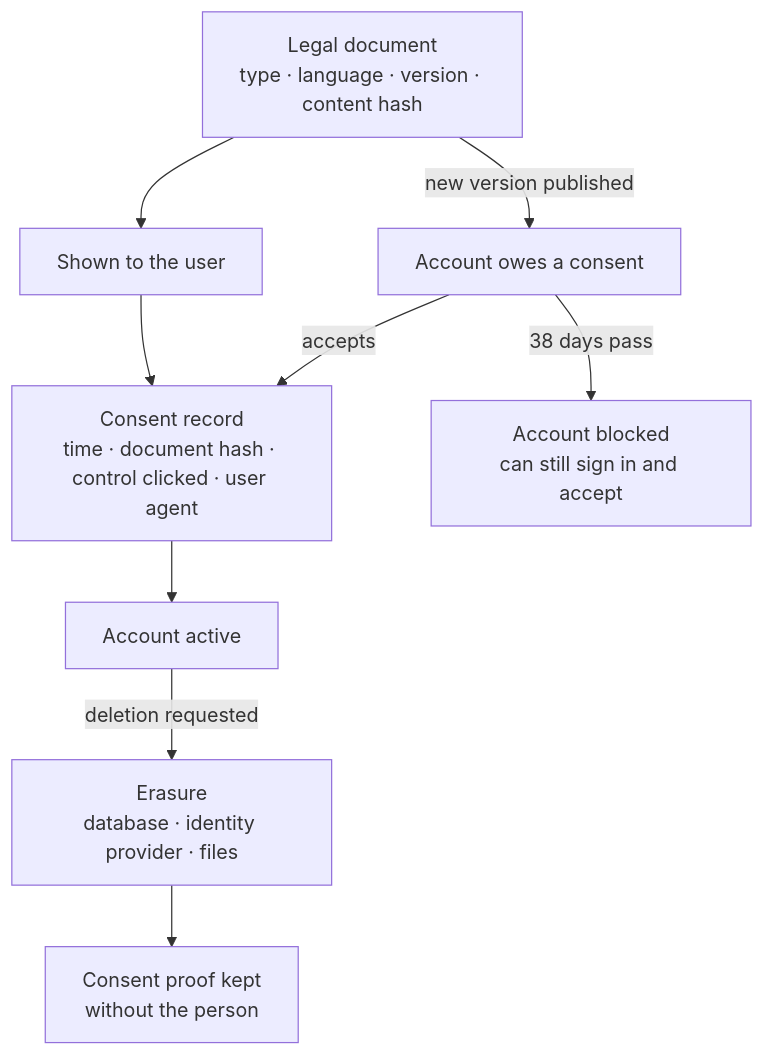
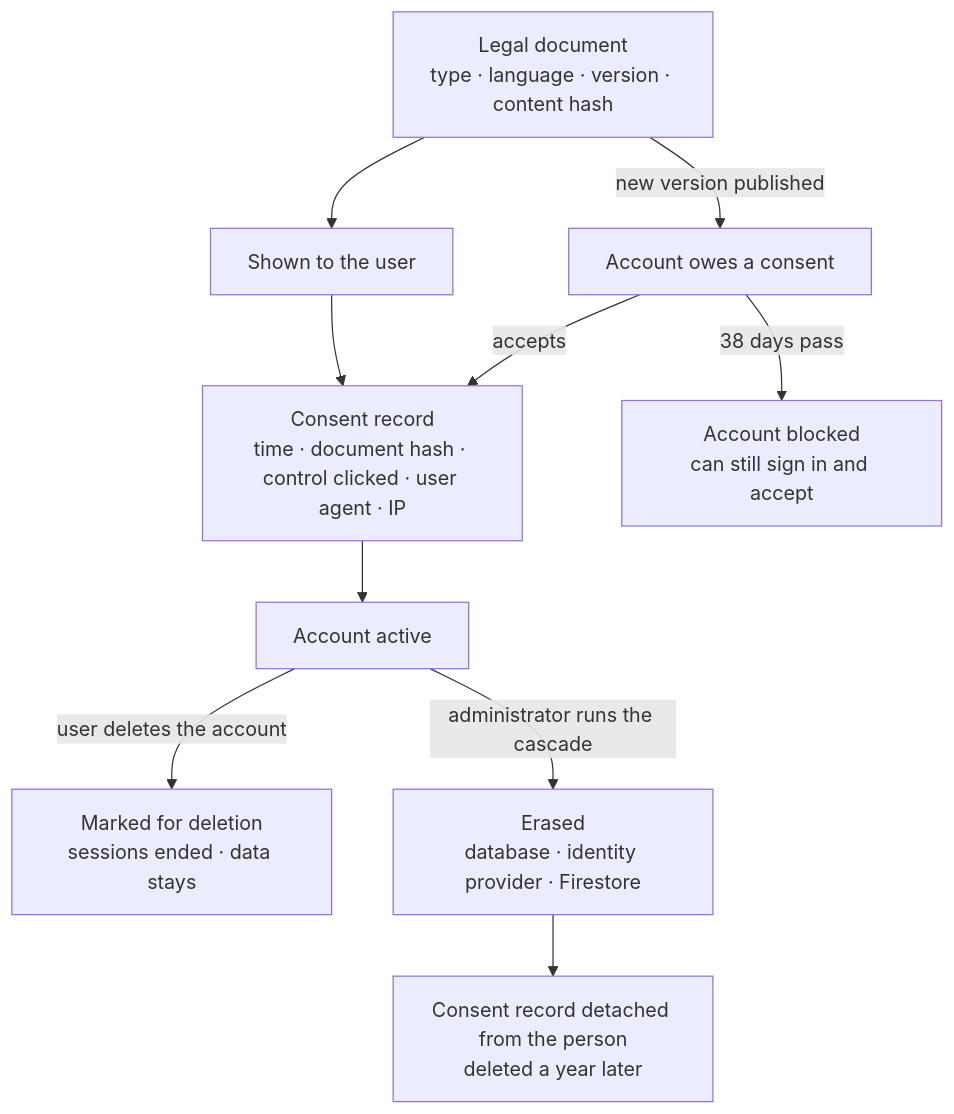
One commit to Check-It-Out-Dev/checkitout-backend changed the diagram in docs/guide/gdpr.md. Above: the diagram before and after it, drawn with Mermaid. The commit also changed other lines of this file and 2 other files, not shown here.

First line of the commit message:
The privacy page is brought down to what the code does about erasure

````diff
--- a/docs/guide/gdpr.md
+++ b/docs/guide/gdpr.md
@@ -12,11 +13,12 @@
 ```mermaid
 flowchart TB
     DOC["Legal document<br/>type · language · version · content hash"] --> SHOW["Shown to the user"]
-    SHOW --> REC["Consent record<br/>time · document hash · control clicked · user agent"]
+    SHOW --> REC["Consent record<br/>time · document hash · control clicked · user agent · IP"]
     REC --> OK["Account active"]
     DOC -->|"new version published"| OWE["Account owes a consent"]
     OWE -->|"accepts"| REC
     OWE -->|"38 days pass"| BLOCK["Account blocked<br/>can still sign in and accept"]
-    OK -->|"deletion requested"| DEL["Erasure<br/>database · identity provider · files"]
-    DEL --> PROOF["Consent proof kept<br/>without the person"]
+    OK -->|"user deletes the account"| SOFT["Marked for deletion<br/>sessions ended · data stays"]
+    OK -->|"administrator runs the cascade"| DEL["Erased<br/>database · identity provider · Firestore"]
+    DEL --> PROOF["Consent record detached from the person<br/>deleted a year later"]
 ```
````
